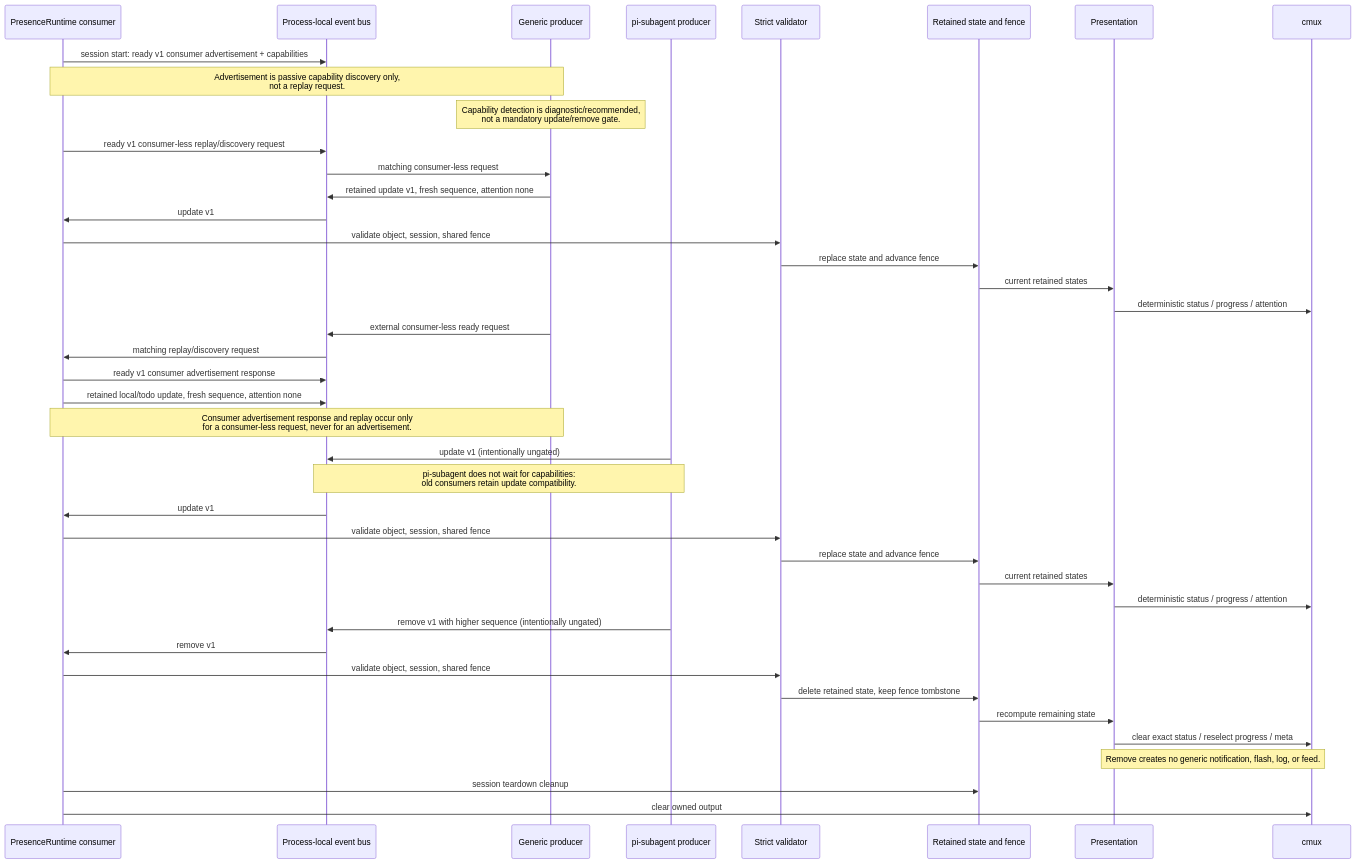
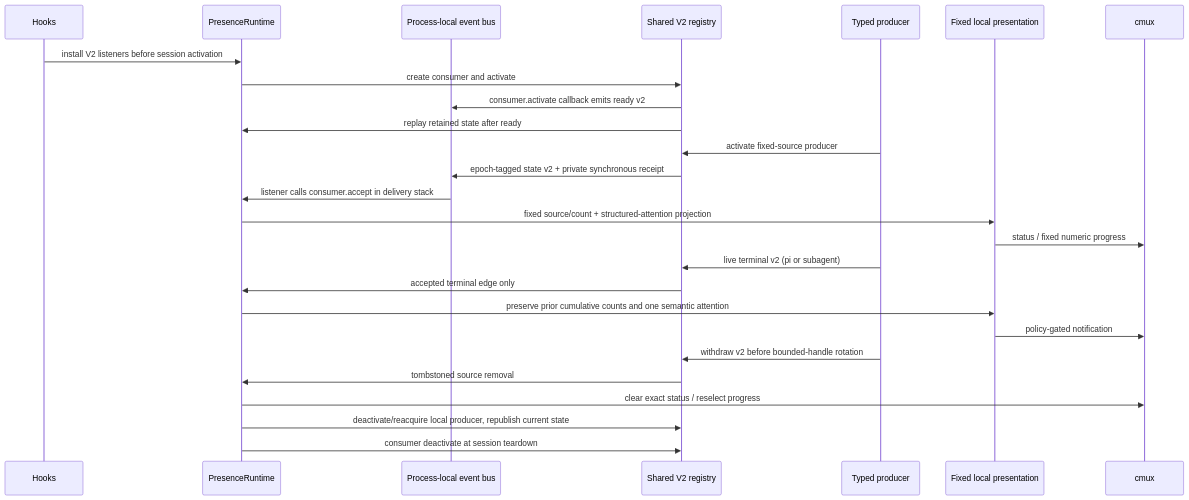
Before and after one commit to spi-ca/pi-cmux-presence: the diagram in docs/diagram/event-flow.mmd, drawn with Mermaid. The commit also changed 31 other files, not shown here.

```diff
--- a/docs/diagram/event-flow.mmd
+++ b/docs/diagram/event-flow.mmd
@@ -1,45 +1,28 @@
 %% Diagram source: docs/diagram/event-flow.mmd
 sequenceDiagram
-  participant R as PresenceRuntime consumer
+  participant H as Hooks
+  participant R as PresenceRuntime
   participant B as Process-local event bus
-  participant P as Generic producer
-  participant A as pi-subagent producer
-  participant V as Strict validator
-  participant S as Retained state and fence
-  participant U as Presentation
+  participant G as Shared V2 registry
+  participant P as Typed producer
+  participant U as Fixed local presentation
   participant C as cmux
 
-  R->>B: session start: ready v1 consumer advertisement + capabilities
-  Note over R,P: Advertisement is passive capability discovery only,<br/>not a replay request.
-  Note over P: Capability detection is diagnostic/recommended,<br/>not a mandatory update/remove gate.
-  R->>B: ready v1 consumer-less replay/discovery request
-  B->>P: matching consumer-less request
-  P->>B: retained update v1, fresh sequence, attention none
-  B->>R: update v1
-  R->>V: validate object, session, shared fence
-  V->>S: replace state and advance fence
-  S->>U: current retained states
-  U->>C: deterministic status / progress / attention
-
-  P->>B: external consumer-less ready request
-  B->>R: matching replay/discovery request
-  R->>B: ready v1 consumer advertisement response
-  R->>B: retained local/todo update, fresh sequence, attention none
-  Note over R,P: Consumer advertisement response and replay occur only<br/>for a consumer-less request, never for an advertisement.
-
-  A->>B: update v1 (intentionally ungated)
-  Note over A,B: pi-subagent does not wait for capabilities:<br/>old consumers retain update compatibility.
-  B->>R: update v1
-  R->>V: validate object, session, shared fence
-  V->>S: replace state and advance fence
-  S->>U: current retained states
-  U->>C: deterministic status / progress / attention
-  A->>B: remove v1 with higher sequence (intentionally ungated)
-  B->>R: remove v1
-  R->>V: validate object, session, shared fence
-  V->>S: delete retained state, keep fence tombstone
-  S->>U: recompute remaining state
-  U->>C: clear exact status / reselect progress / meta
-  Note over U,C: Remove creates no generic notification, flash, log, or feed.
-  R->>S: session teardown cleanup
-  R->>C: clear owned output
+  H->>R: install V2 listeners before session activation
+  R->>G: create consumer and activate
+  G->>B: consumer.activate callback emits ready v2
+  G->>R: replay retained state after ready
+  P->>G: activate fixed-source producer
+  G->>B: epoch-tagged state v2 + private synchronous receipt
+  B->>R: listener calls consumer.accept in delivery stack
+  R->>U: fixed source/count + structured-attention projection
+  U->>C: status / fixed numeric progress
+  P->>G: live terminal v2 (pi or subagent)
+  G->>R: accepted terminal edge only
+  R->>U: preserve prior cumulative counts and one semantic attention
+  U->>C: policy-gated notification
+  P->>G: withdraw v2 before bounded-handle rotation
+  G->>R: tombstoned source removal
+  R->>C: clear exact status / reselect progress
+  R->>G: deactivate/reacquire local producer, republish current state
+  R->>G: consumer deactivate at session teardown
```
